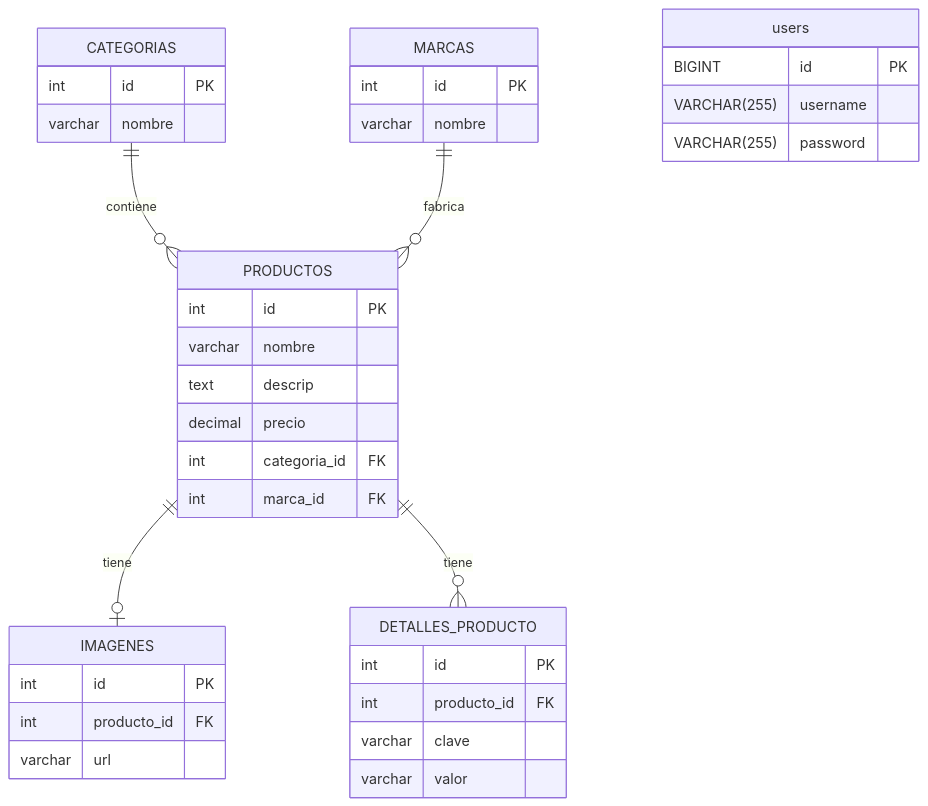
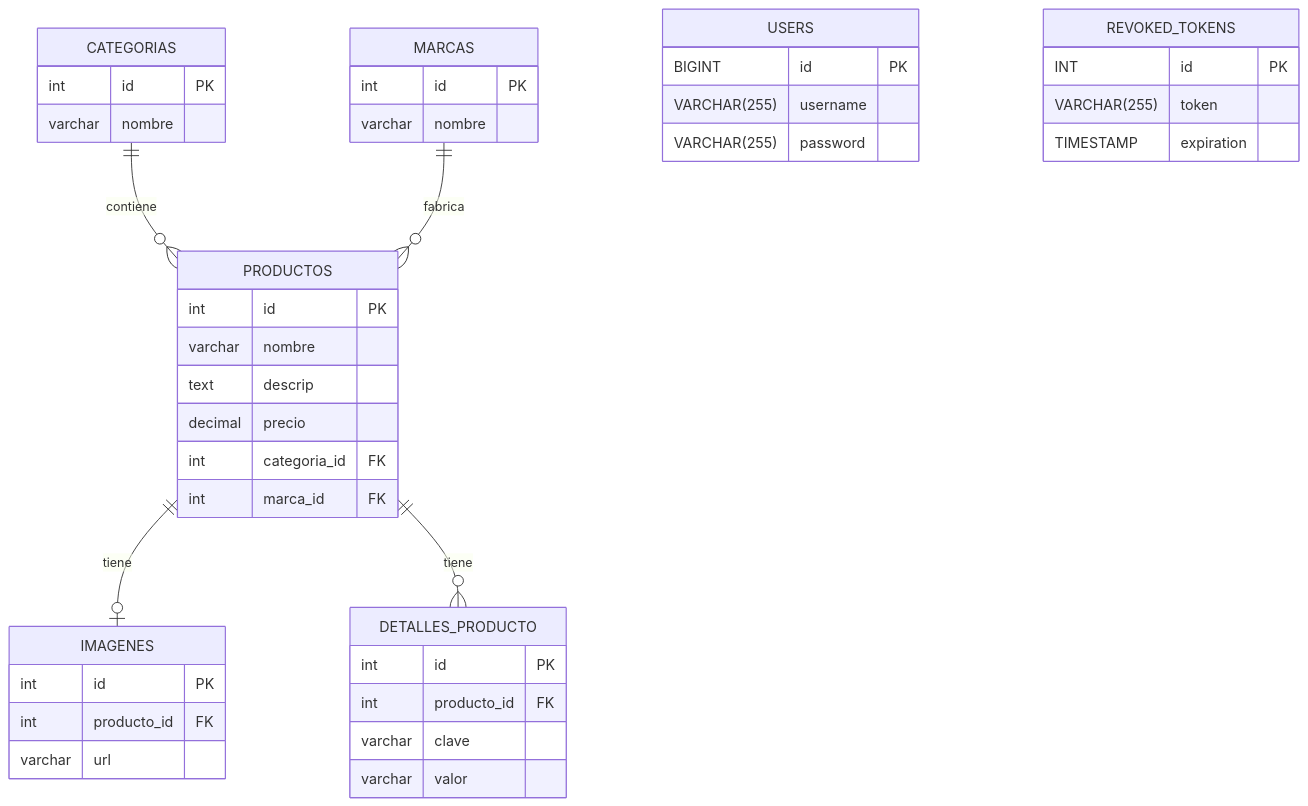
Before and after one commit to SCodify/profitstore-api: the diagram in README.md, drawn with Mermaid. The commit also changed other lines of this file, not shown here.

Commit message:
Se agregó REVOKED_TOKENS al DER del README.md

````diff
--- a/README.md
+++ b/README.md
@@ -1,41 +1,47 @@
 ```mermaid
 erDiagram
     CATEGORIAS {
         int id PK
         varchar nombre
     }
     MARCAS {
         int id PK
         varchar nombre
     }
     PRODUCTOS {
         int id PK
         varchar nombre
         text descrip
         decimal precio
         int categoria_id FK
         int marca_id FK
     }
     IMAGENES {
         int id PK
         int producto_id FK
         varchar url
     }
     DETALLES_PRODUCTO {
         int id PK
         int producto_id FK
         varchar clave
         varchar valor
     }
 
-    users {
+    USERS {
         BIGINT id PK
         VARCHAR(255) username
         VARCHAR(255) password
+    }
+
+    REVOKED_TOKENS {
+        INT id PK
+        VARCHAR(255) token
+        TIMESTAMP expiration
     }
 
     CATEGORIAS ||--o{ PRODUCTOS: contiene
     MARCAS ||--o{ PRODUCTOS: fabrica
     PRODUCTOS ||--o| IMAGENES: tiene
     PRODUCTOS ||--o{ DETALLES_PRODUCTO: tiene
 ```
````
